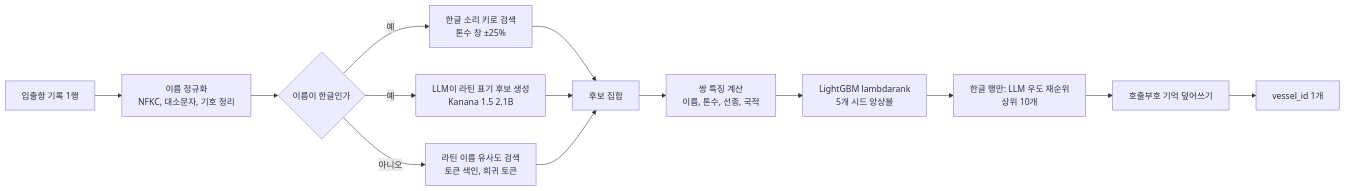
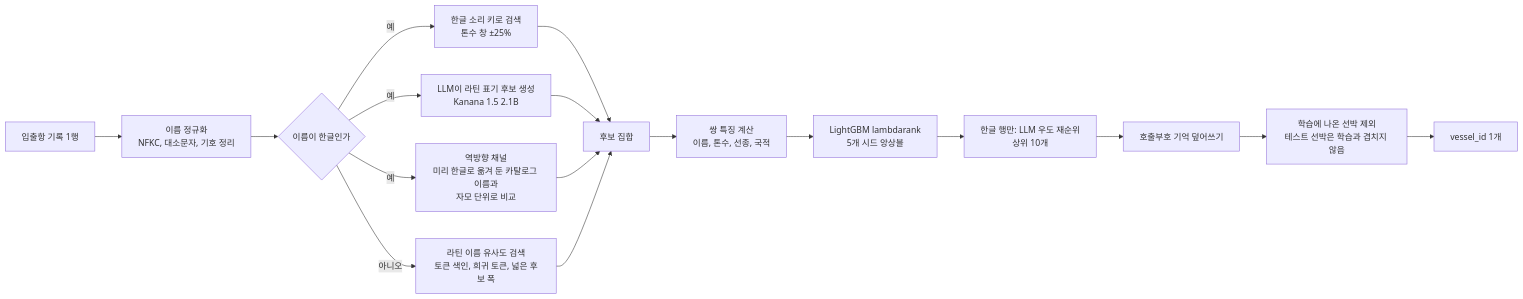
Before and after one commit to KTHYEONG/port-entity-matching: the diagram in README.md, drawn with Mermaid. The commit also changed other lines of this file and 1 other file, not shown here.

````diff
--- a/README.md
+++ b/README.md
@@ -31,16 +31,19 @@
 ```mermaid
 flowchart LR
     A["입출항 기록 1행"] --> B["이름 정규화<br/>NFKC, 대소문자, 기호 정리"]
     B --> C{"이름이 한글인가"}
     C -->|"예"| D["한글 소리 키로 검색<br/>톤수 창 ±25%"]
     C -->|"예"| E["LLM이 라틴 표기 후보 생성<br/>Kanana 1.5 2.1B"]
-    C -->|"아니오"| F["라틴 이름 유사도 검색<br/>토큰 색인, 희귀 토큰"]
+    C -->|"예"| R["역방향 채널<br/>미리 한글로 옮겨 둔 카탈로그 이름과<br/>자모 단위로 비교"]
+    C -->|"아니오"| F["라틴 이름 유사도 검색<br/>토큰 색인, 희귀 토큰, 넓은 후보 폭"]
     D --> G["후보 집합"]
     E --> G
+    R --> G
     F --> G
     G --> H["쌍 특징 계산<br/>이름, 톤수, 선종, 국적"]
     H --> I["LightGBM lambdarank<br/>5개 시드 앙상블"]
     I --> J["한글 행만: LLM 우도 재순위<br/>상위 10개"]
     J --> K["호출부호 기억 덮어쓰기"]
-    K --> L["vessel_id 1개"]
+    K --> X["학습에 나온 선박 제외<br/>테스트 선박은 학습과 겹치지 않음"]
+    X --> L["vessel_id 1개"]
 ```
````
